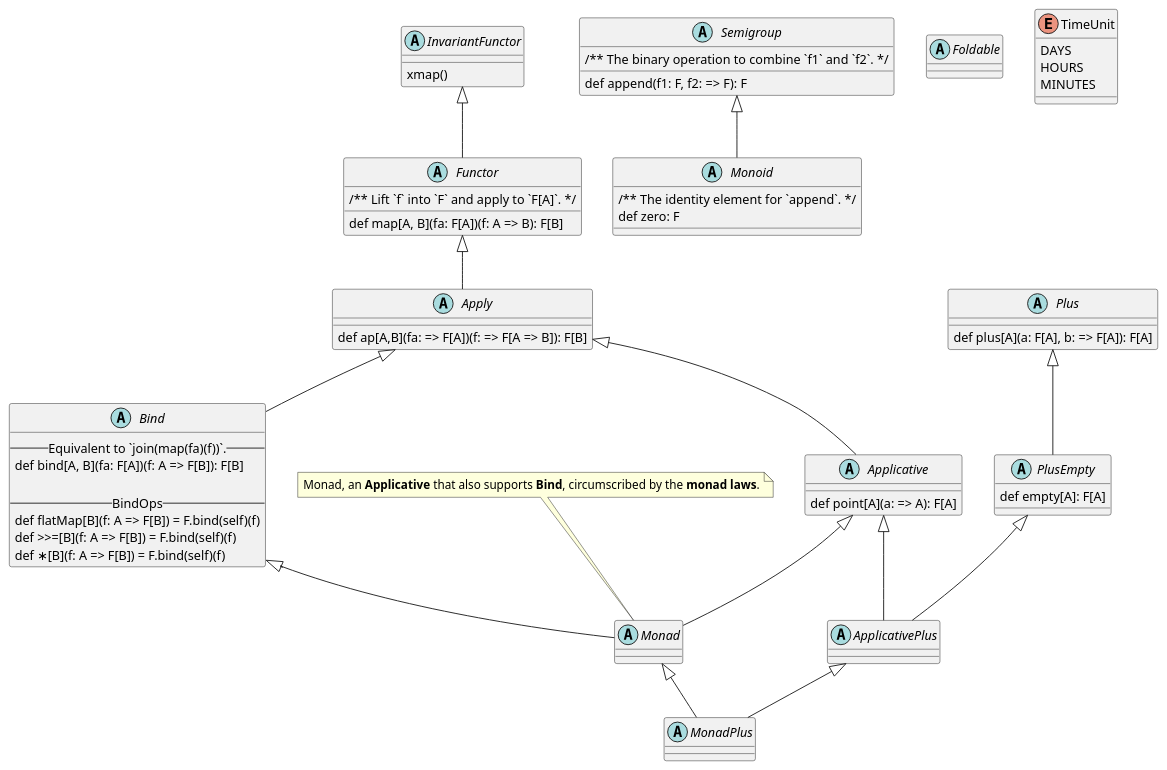
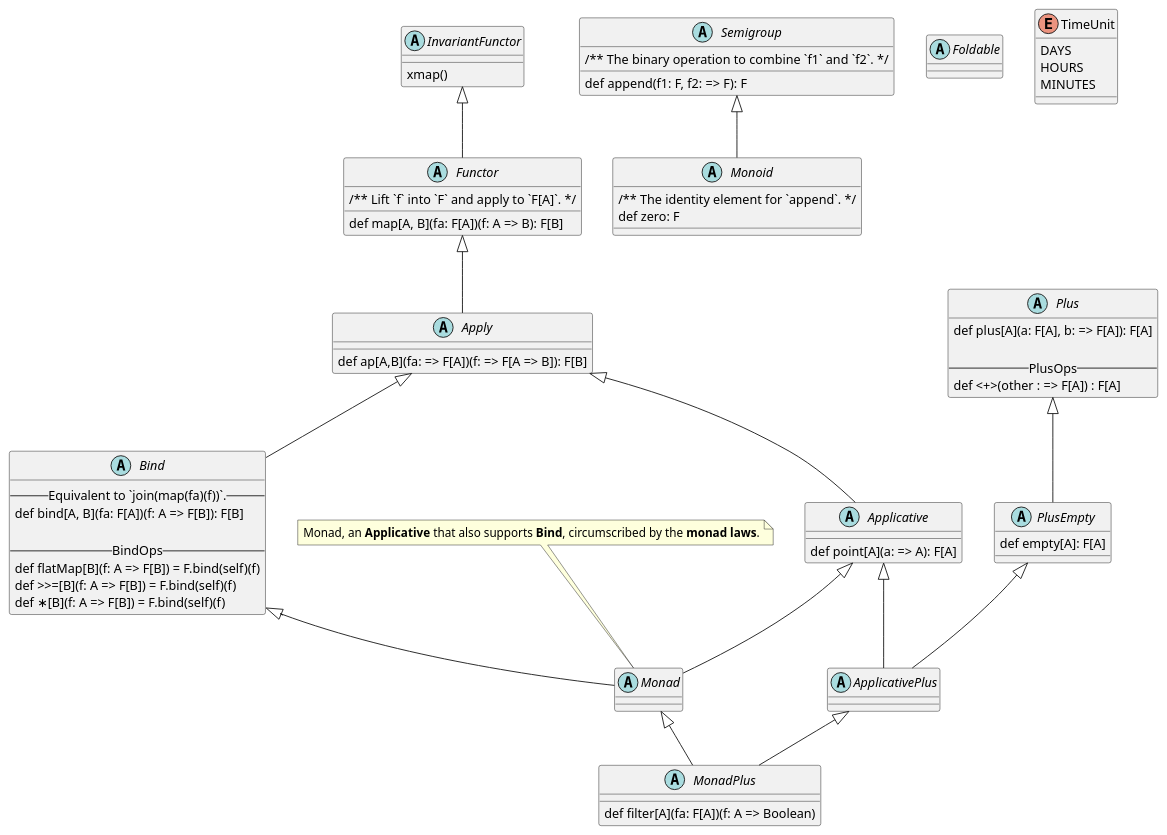
One commit to zhenglaizhang/scala-mania changed the diagram in imgs/scalaz.puml. Above: the diagram before and after it, drawn with PlantUML. The commit also changed 1 other file, not shown here.

```diff
--- a/imgs/scalaz.puml
+++ b/imgs/scalaz.puml
@@ -1,92 +1,96 @@
 @startuml
 
 abstract class InvariantFunctor {
     xmap()
 }
 abstract class Functor {
   /** Lift `f` into `F` and apply to `F[A]`. */
   def map[A, B](fa: F[A])(f: A => B): F[B]
 }
 
 abstract class Apply {
   def ap[A,B](fa: => F[A])(f: => F[A => B]): F[B]
 }
 abstract class Applicative {
   def point[A](a: => A): F[A]
 }
 
 
 abstract class Semigroup {
   /** The binary operation to combine `f1` and `f2`. */
   def append(f1: F, f2: => F): F
 }
 abstract class Monoid {
  /** The identity element for `append`. */
   def zero: F
 }
 
 Semigroup <|-- Monoid
 
 
 abstract class Monad {
 
 }
 
 note "Monad, an <b>Applicative</b> that also supports <b>Bind</b>, circumscribed by the <b>monad laws</b>." as NM
 NM..Monad
 
 
 abstract class MonadPlus {
 
+    def filter[A](fa: F[A])(f: A => Boolean)
 }
 
 abstract class ApplicativePlus {
 
 }
 
 abstract class PlusEmpty {
   def empty[A]: F[A]
 }
 
 abstract class Plus {
   def plus[A](a: F[A], b: => F[A]): F[A]
+
+  -- PlusOps --
+  def <+>(other : => F[A]) : F[A]
 }
 
 
 'Monad[F[_]] <|-- MonadPlus
 Monad <|-- MonadPlus
 ApplicativePlus <|-- MonadPlus
 Applicative <|-- ApplicativePlus
 PlusEmpty <|-- ApplicativePlus
 Plus <|-- PlusEmpty
 
 abstract class Foldable
 
 
 abstract class Bind {
  -- Equivalent to `join(map(fa)(f))`. --
   def bind[A, B](fa: F[A])(f: A => F[B]): F[B]
 
  -- BindOps --
    def flatMap[B](f: A => F[B]) = F.bind(self)(f)
    def >>=[B](f: A => F[B]) = F.bind(self)(f)
    def ∗[B](f: A => F[B]) = F.bind(self)(f)
 }
 
 Applicative <|-- Monad
 Bind <|-- Monad
 Apply <|-- Bind
 
 
 InvariantFunctor <|-- Functor
 Functor <|-- Apply
 Apply <|-- Applicative
 
 
 enum TimeUnit {
 DAYS
 HOURS
 MINUTES
 }
 
 @enduml
```
